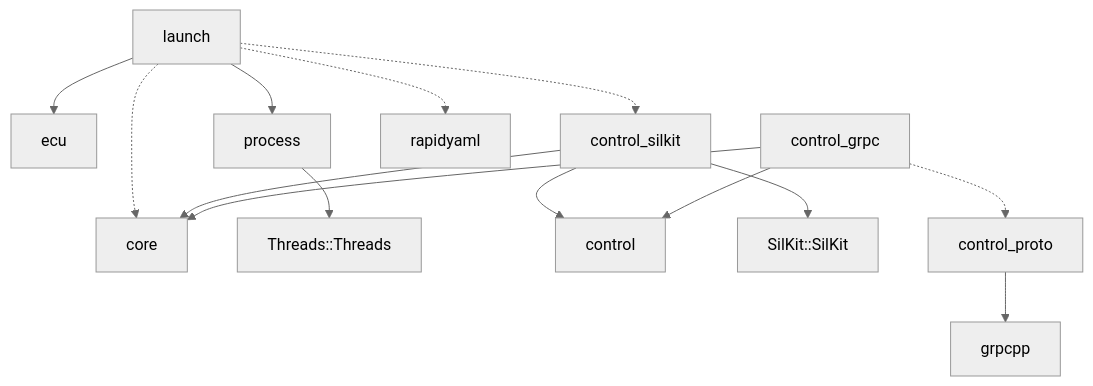
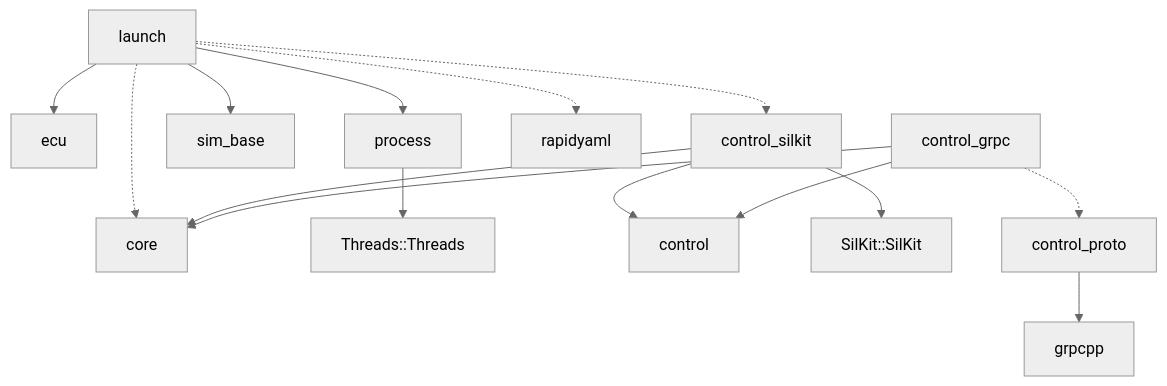
One commit to rahanahu/vehicle-sil changed the sixth of 7 diagrams in docs/code-map.md. Above: the diagram before and after it, drawn with Mermaid (neutral theme). The commit also changed other lines of this file and 34 other files, not shown here.

````diff
--- a/docs/code-map.md
+++ b/docs/code-map.md
@@ -174,16 +174,17 @@
 ```mermaid
 flowchart TD
     launch --> ecu
     launch --> process
+    launch --> sim_base
     launch -.-> core
     launch -.-> control_silkit
     launch -.-> rapidyaml
     process --> Threads["Threads::Threads"]
     control_silkit --> control
     control_silkit --> core
     control_silkit --> SilKit["SilKit::SilKit"]
     control_grpc --> control
     control_grpc --> core
     control_grpc -.-> control_proto
     control_proto --> grpcpp
 ```
````
